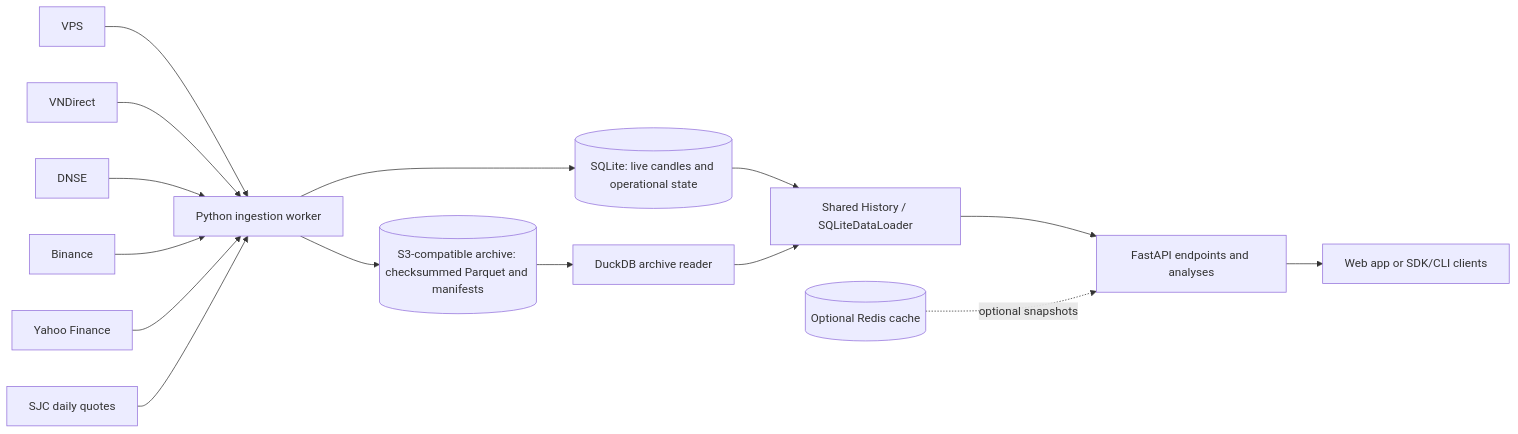
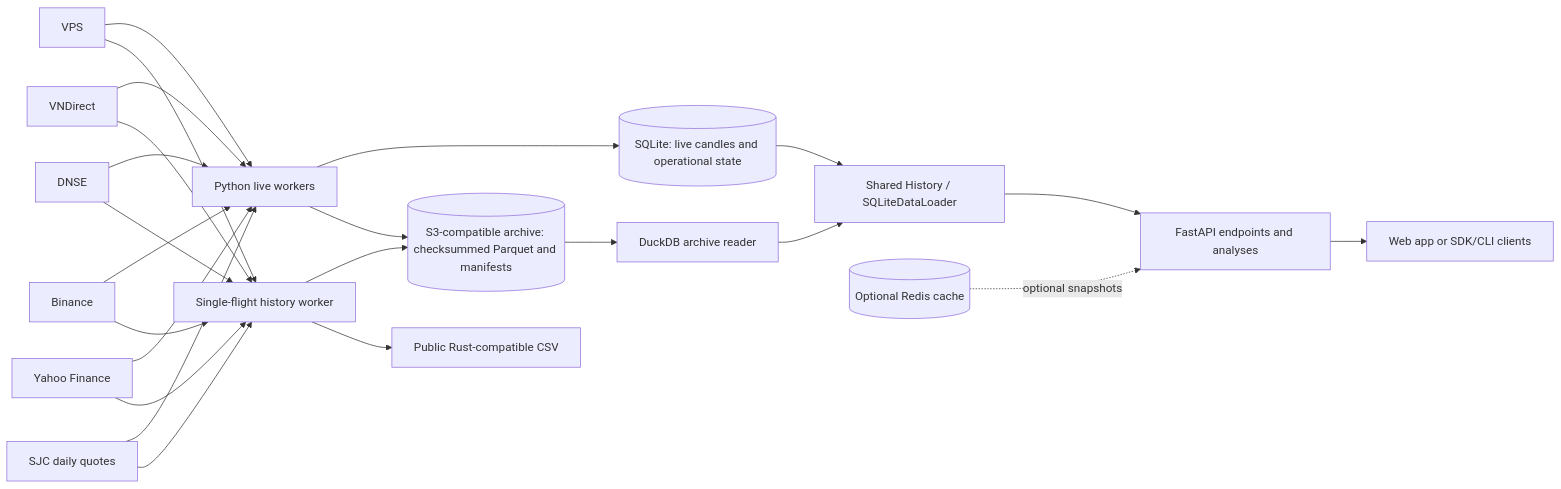
One commit to quanhua92/aipriceaction changed the diagram in DATA_FLOW.md. Above: the diagram before and after it, drawn with Mermaid. The commit also changed other lines of this file and 26 other files, not shown here.

````diff
--- a/DATA_FLOW.md
+++ b/DATA_FLOW.md
@@ -6,17 +6,25 @@
 ```mermaid
 flowchart LR
-  VPS[VPS] --> W[Python ingestion worker]
+  VPS[VPS] --> W[Python live workers]
   VND[VNDirect] --> W
   DNSE[DNSE] --> W
   BN[Binance] --> W
   YF[Yahoo Finance] --> W
   SJC[SJC daily quotes] --> W
   W --> HOT[(SQLite: live candles and operational state)]
   W --> ARC[(S3-compatible archive: checksummed Parquet and manifests)]
+  VPS --> HW[Single-flight history worker]
+  VND --> HW
+  DNSE --> HW
+  BN --> HW
+  YF --> HW
+  SJC --> HW
+  HW --> ARC
+  HW --> CSV[Public Rust-compatible CSV]
   HOT --> H[Shared History / SQLiteDataLoader]
   ARC --> D[DuckDB archive reader]
   D --> H
   H --> API[FastAPI endpoints and analyses]
   REDIS[(Optional Redis cache)] -. optional snapshots .-> API
   API --> WEB[Web app or SDK/CLI clients]
 ```
````
